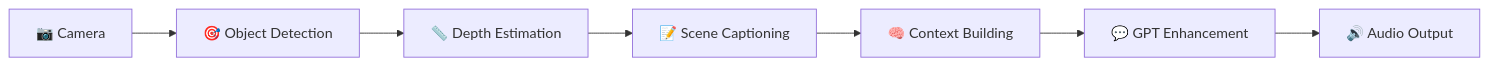
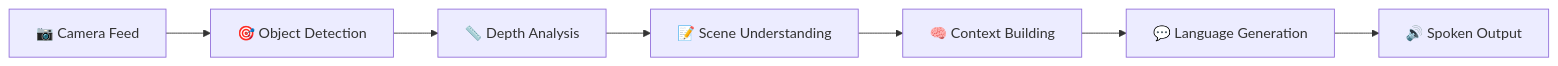
Before and after one commit to Mesa112/SpokenVision_v2_: the diagram in README.md, drawn with Mermaid. The commit also changed other lines of this file, not shown here.

````diff
--- a/README.md
+++ b/README.md
@@ -63,9 +85,9 @@
 ```mermaid
 graph LR
-    A[📷 Camera] --> B[🎯 Object Detection]
-    B --> C[📏 Depth Estimation]
-    C --> D[📝 Scene Captioning]
+    A[📷 Camera Feed] --> B[🎯 Object Detection]
+    B --> C[📏 Depth Analysis]
+    C --> D[📝 Scene Understanding]
     D --> E[🧠 Context Building]
-    E --> F[💬 GPT Enhancement]
-    F --> G[🔊 Audio Output]
+    E --> F[💬 Language Generation]
+    F --> G[🔊 Spoken Output]
 ```
````
